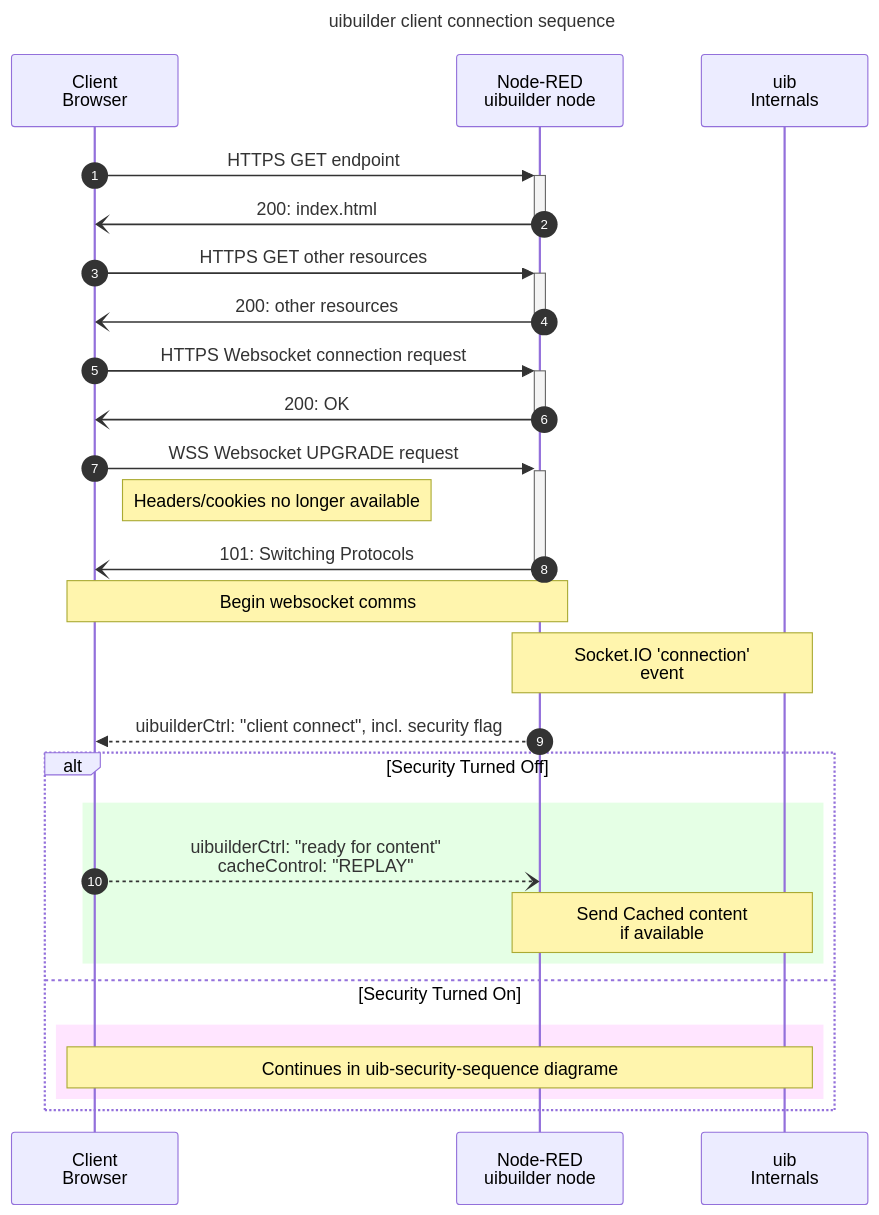
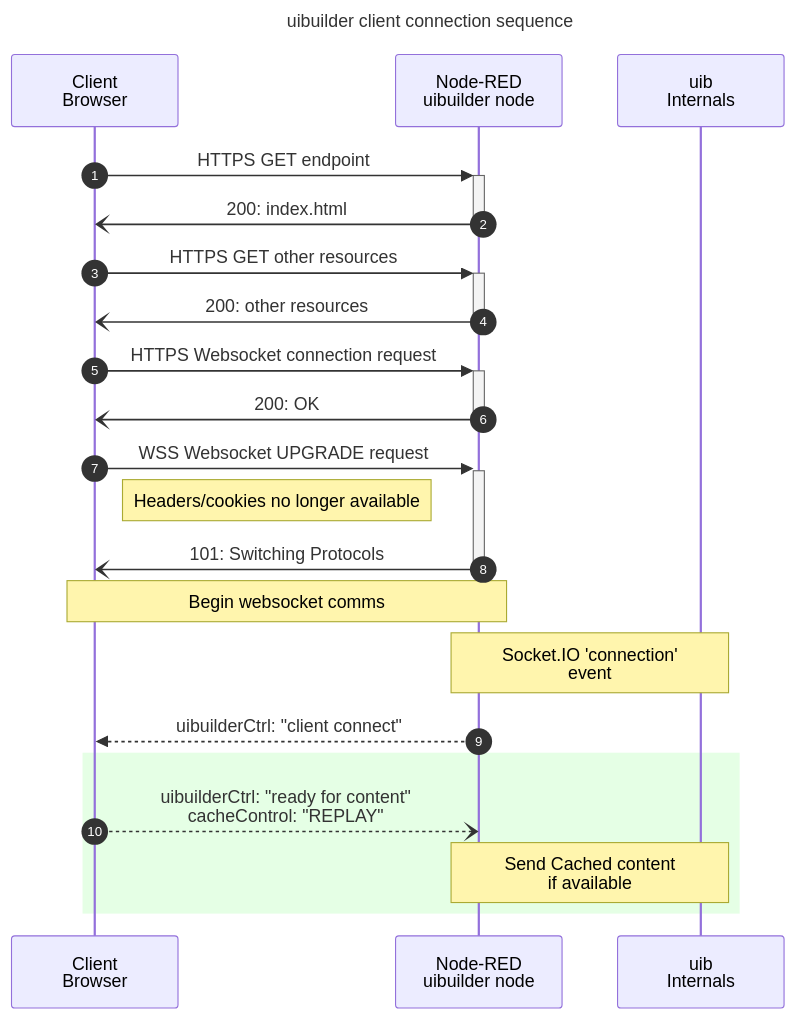
The diagram in docs/diagrams/uib-connect-sequence.mmd (TotallyInformation/node-red-contrib-uibuilder), drawn with Mermaid before and after one commit. The commit also changed 1 other file, not shown here.

Commit message:
Remove security from process maps

```diff
--- a/docs/diagrams/uib-connect-sequence.mmd
+++ b/docs/diagrams/uib-connect-sequence.mmd
@@ -1,40 +1,33 @@
 sequenceDiagram
     %% https://mermaid-js.github.io/mermaid-live-editor/edit
     %% https://mermaid-js.github.io/mermaid/#/sequenceDiagram?id=syntax
 
     title: uibuilder client connection sequence
 
     participant client as Client <br> Browser
     participant NR as Node-RED <br> uibuilder node
     participant u as uib <br> Internals
 
     autonumber
 
     client->>+NR: HTTPS GET endpoint 
     NR-)-client: 200: index.html
     client->>+NR: HTTPS GET other resources
     NR-)-client: 200: other resources
 
     client->>+NR: HTTPS Websocket connection request
     NR-)-client: 200: OK
 
     client->>+NR: WSS Websocket UPGRADE request
     Note right of client: Headers/cookies no longer available
     NR-)-client: 101: Switching Protocols
 
     Note over client,NR: Begin websocket comms
     Note over NR,u: Socket.IO 'connection'<br>event
 
-    NR-->>client: uibuilderCtrl: "client connect", incl. security flag
+    NR-->>client: uibuilderCtrl: "client connect"
     
-    alt Security Turned Off
-        rect rgba(0, 255, 0, 0.1)
-            client--)NR: uibuilderCtrl: "ready for content"<br> cacheControl: "REPLAY"
-            Note over NR,u: Send Cached content <br> if available
-        end
-
-    else Security Turned On
-        rect rgba(255, 0, 255, 0.1)
-            Note over client,u: Continues in uib-security-sequence diagrame
-        end
+    rect rgba(0, 255, 0, 0.1)
+        client--)NR: uibuilderCtrl: "ready for content"<br> cacheControl: "REPLAY"
+        Note over NR,u: Send Cached content <br> if available
     end
```
